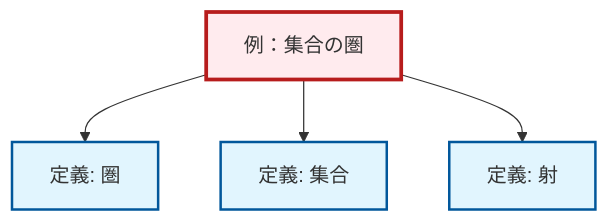
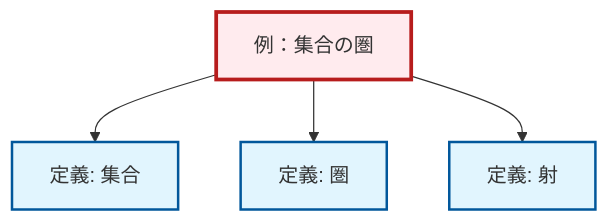
The diagram in content/ja/category-theory/ex-set-category.qmd (RK0429/ModernMath), drawn with Mermaid before and after one commit. The commit also changed other lines of this file and 328 other files, not shown here.

````diff
--- a/content/ja/category-theory/ex-set-category.qmd
+++ b/content/ja/category-theory/ex-set-category.qmd
@@ -65,20 +66,20 @@
 ```{mermaid}
 %%| fig-cap: "ローカル依存関係グラフ"
 graph TD
     classDef definition fill:#e1f5fe,stroke:#01579b,stroke-width:2px
     classDef theorem fill:#f3e5f5,stroke:#4a148c,stroke-width:2px
     classDef axiom fill:#fff3e0,stroke:#e65100,stroke-width:2px
     classDef example fill:#e8f5e9,stroke:#1b5e20,stroke-width:2px
     classDef current fill:#ffebee,stroke:#b71c1c,stroke-width:3px
+    def-set["定義: 集合"]:::definition
+    def-category["定義: 圏"]:::definition
     ex-set-category["例：集合の圏"]:::example
     def-morphism["定義: 射"]:::definition
-    def-set["定義: 集合"]:::definition
-    def-category["定義: 圏"]:::definition
+    ex-set-category --> def-set
     ex-set-category --> def-category
-    ex-set-category --> def-set
     ex-set-category --> def-morphism
     class ex-set-category current
-    click def-morphism "def-morphism.html" "射の定義へ"
     click def-set "def-set.html" "集合の定義へ"
     click def-category "def-category.html" "圏の定義へ"
+    click def-morphism "def-morphism.html" "射の定義へ"
 ```
````
